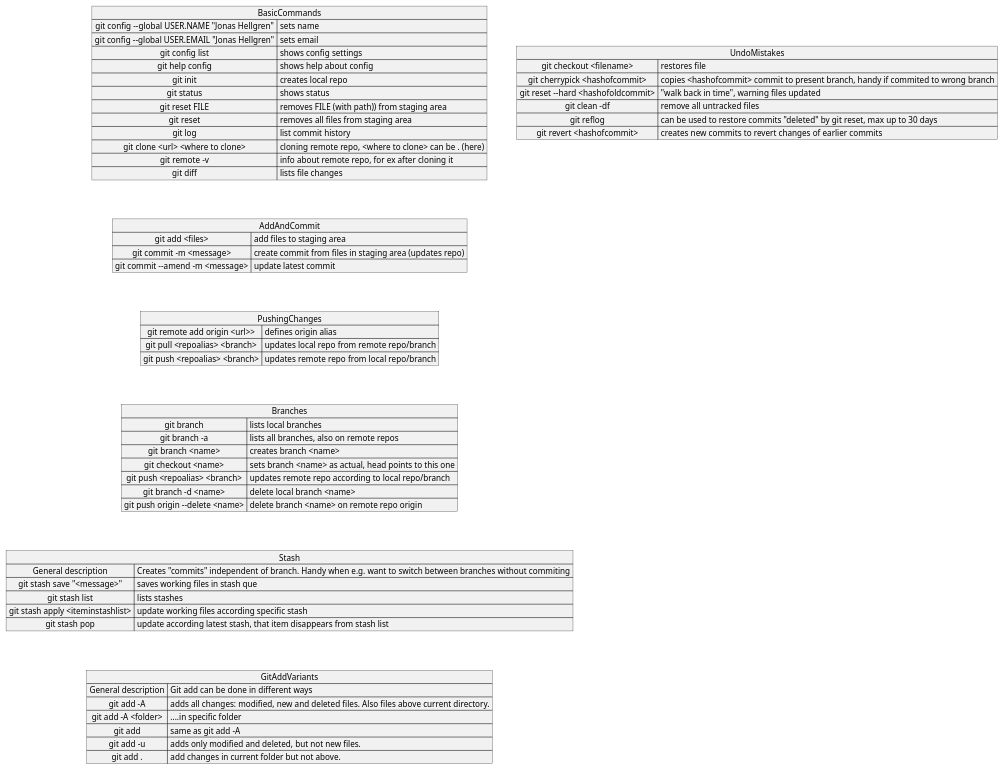
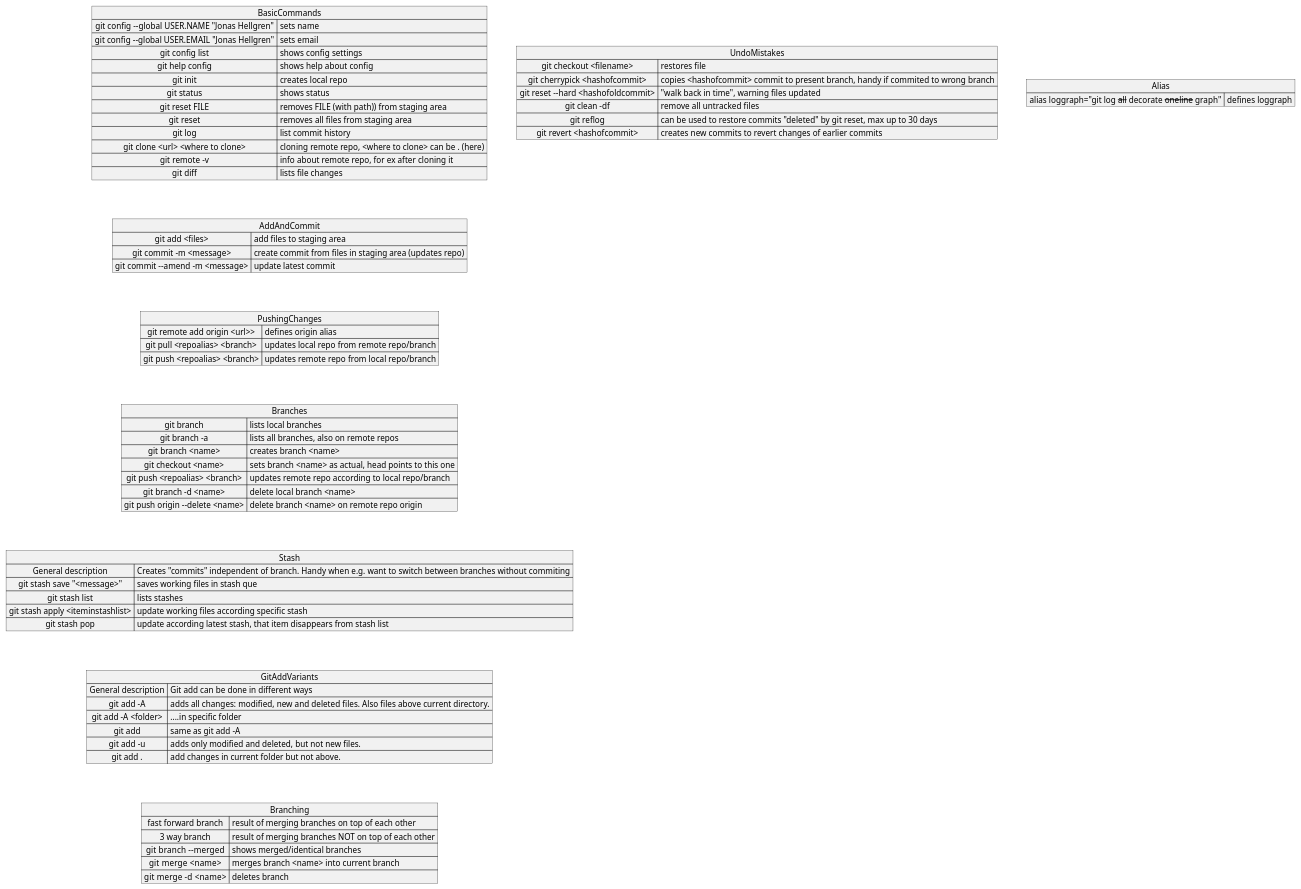
The diagram in src/documentation/GitCommands.puml (JonasHellgren/GitCommands), drawn with PlantUML before and after one commit.

Commit message:
Branching explained

```diff
--- a/src/documentation/GitCommands.puml
+++ b/src/documentation/GitCommands.puml
@@ -1,72 +1,85 @@
 @startuml
 map BasicCommands {
  git config --global USER.NAME "Jonas Hellgren" => sets name
  git config --global USER.EMAIL "Jonas Hellgren" => sets email
  git config list => shows config settings
  git help config  => shows help about config
  git init  => creates local repo
  git status  => shows status
  git reset FILE  => removes FILE (with path)) from staging area
  git reset   => removes all files from staging area
  git log   => list commit history
  git clone <url> <where to clone>  => cloning remote repo, <where to clone> can be . (here)
  git remote -v  => info about remote repo, for ex after cloning it
  git diff  => lists file changes
 }
 
 map AddAndCommit {
  git add <files>  => add files to staging area
  git commit -m <message>  => create commit from files in staging area (updates repo)
  git commit --amend -m <message>  => update latest commit
 }
 
 map PushingChanges {
  git remote add origin <url>>  => defines origin alias
  git pull <repoalias> <branch>  => updates local repo from remote repo/branch
  git push <repoalias> <branch>  => updates remote repo from local repo/branch
 }
 
 map Branches {
  git branch => lists local branches
  git branch -a  => lists all branches, also on remote repos
  git branch <name>  => creates branch <name>
  git checkout <name>  => sets branch <name> as actual, head points to this one
  git push <repoalias> <branch>  => updates remote repo according to local repo/branch
  git branch -d <name> => delete local branch <name>
  git push origin --delete <name> => delete branch <name> on remote repo origin
 }
 
 map UndoMistakes {
  git checkout <filename>  => restores file
  git cherrypick <hashofcommit>  => copies <hashofcommit> commit to present branch, handy if commited to wrong branch
  git reset --hard <hashofoldcommit>  => "walk back in time", warning files updated
  git clean -df  => remove all untracked files
  git reflog => can be used to restore commits "deleted" by git reset, max up to 30 days
  git revert <hashofcommit> => creates new commits to revert changes of earlier commits
 }
 
 map Stash {
  General description => Creates "commits" independent of branch. Handy when e.g. want to switch between branches without commiting
  git stash save "<message>" =>  saves working files in stash que
  git stash list => lists stashes
  git stash apply <iteminstashlist>  => update working files according specific stash
  git stash pop   => update according latest stash, that item disappears from stash list
 }
 
 map GitAddVariants {
  General description => Git add can be done in different ways
  git add -A => adds all changes: modified, new and deleted files. Also files above current directory.
  git add -A <folder> => ....in specific folder
  git add  => same as git add -A
  git add -u  => adds only modified and deleted, but not new files.
  git add . => add changes in current folder but not above.
+}
 
+map Alias {
+ alias loggraph="git log --all --decorate --oneline --graph"  => defines loggraph
+}
+
+map Branching {
+ fast forward branch => result of merging branches on top of each other
+ 3 way branch => result of merging branches NOT on top of each other
+ git  branch --merged => shows merged/identical branches
+ git  merge <name> => merges branch <name> into current branch
+ git  merge -d <name>  => deletes branch
 }
 
 BasicCommands --[hidden]> AddAndCommit
 AddAndCommit --[hidden]> PushingChanges
 PushingChanges --[hidden]> Branches
 Branches --[hidden]> Stash
 Stash --[hidden]> GitAddVariants
+GitAddVariants --[hidden]> Branching
+Branching --[hidden]> Branching
 
 @enduml
```
